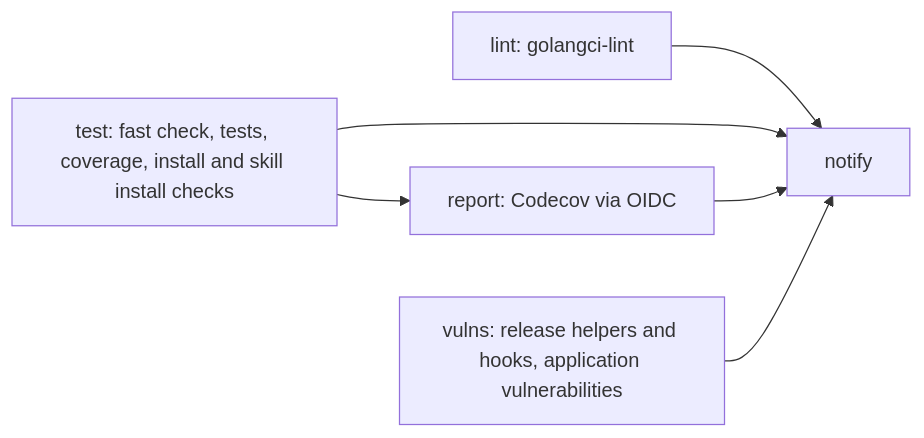
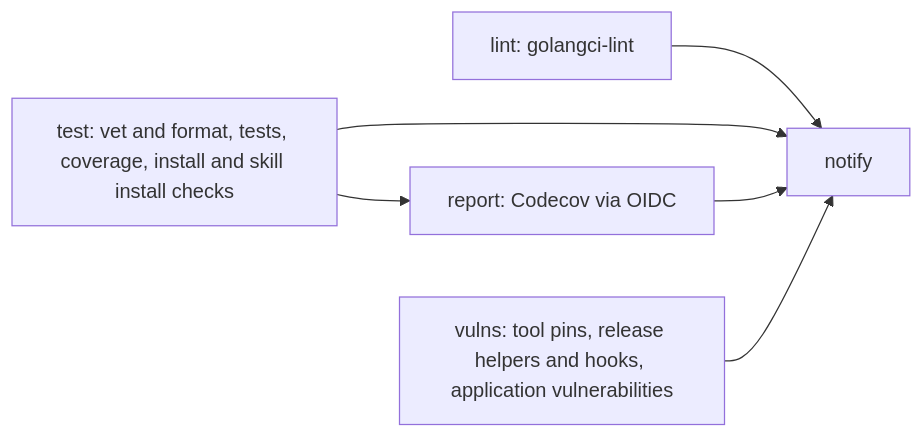
Before and after one commit to octopot/indexit: the second of 10 diagrams in .github/workflows/README.md, drawn with Mermaid. The commit also changed other lines of this file and 10 other files, not shown here.

Commit message:
ci/cd: run the release guards, the full linter set and tool-pins-check in ci, cd, tools and the doctor

````diff
--- a/.github/workflows/README.md
+++ b/.github/workflows/README.md
@@ -54,7 +54,7 @@
 ```mermaid
 flowchart LR
   lint[lint: golangci-lint]
-  test[test: fast check, tests, coverage, install and skill install checks] --> report[report: Codecov via OIDC]
-  vulns[vulns: release helpers and hooks, application vulnerabilities]
+  test[test: vet and format, tests, coverage, install and skill install checks] --> report[report: Codecov via OIDC]
+  vulns[vulns: tool pins, release helpers and hooks, application vulnerabilities]
   lint & test & report & vulns --> notify[notify]
 ```
````
